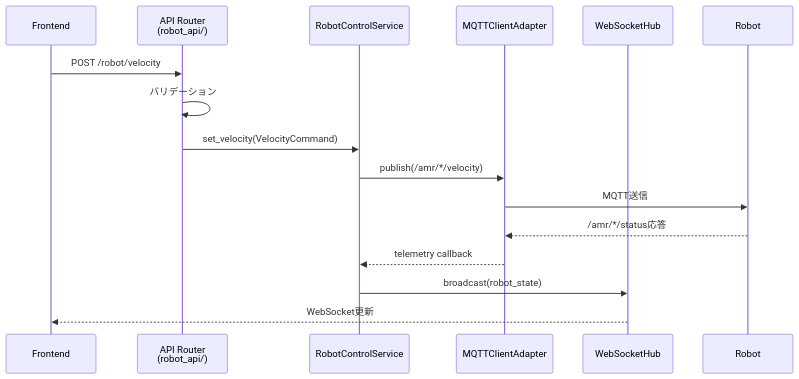
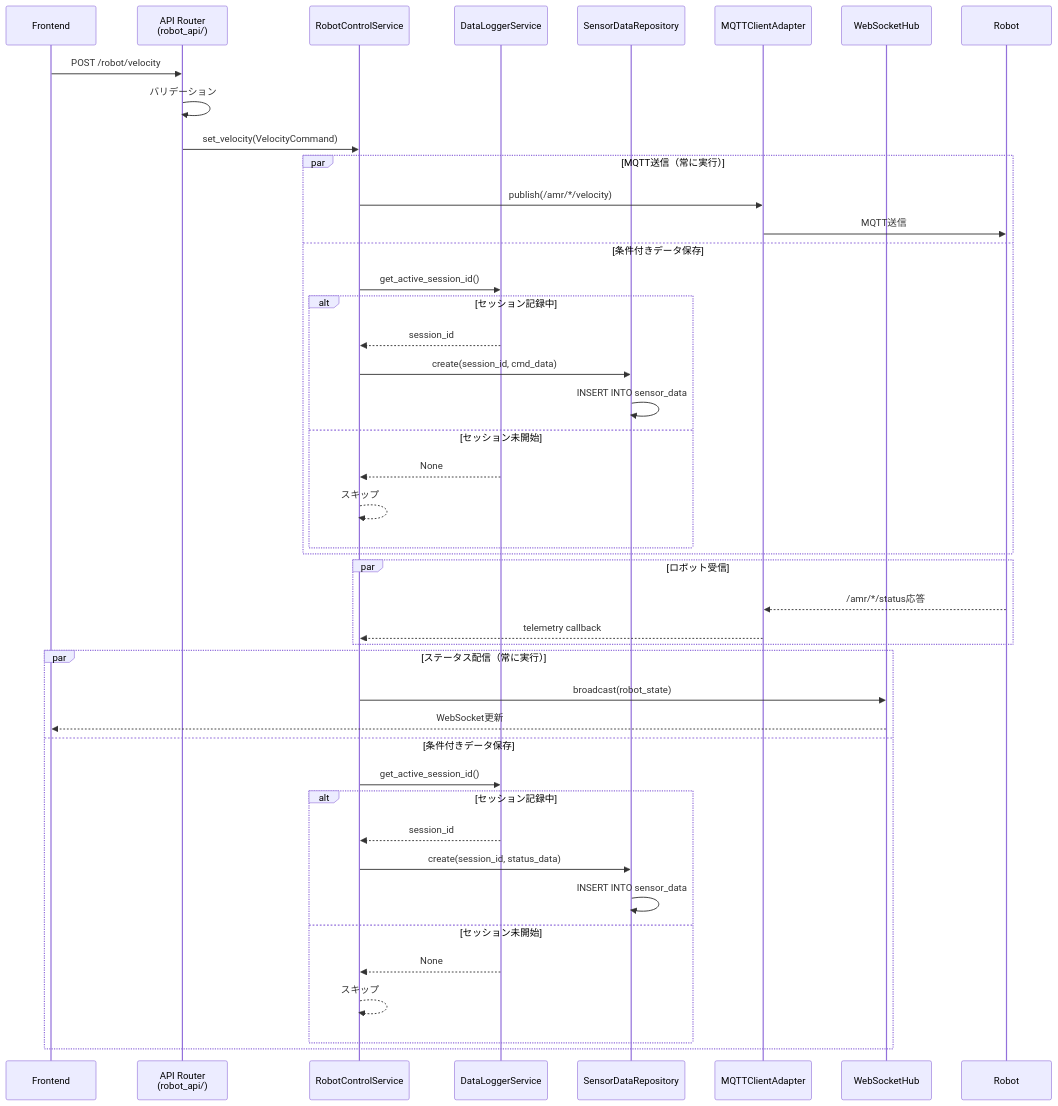
One commit to akinami3/robot-ml-web-app changed diagram 11 of 15 in README.md. Above: the diagram before and after it, drawn with Mermaid. The commit also changed other lines of this file, not shown here.

````diff
--- a/README.md
+++ b/README.md
@@ -917,19 +1027,50 @@
 ```mermaid
 sequenceDiagram
     participant Frontend
     participant Router as API Router<br>(robot_api/)
     participant Service as RobotControlService
+    participant Logger as DataLoggerService
+    participant Repo as SensorDataRepository
     participant Adapter as MQTTClientAdapter
     participant WS as WebSocketHub
     participant Robot
 
     Frontend->>Router: POST /robot/velocity
     Router->>Router: バリデーション
     Router->>Service: set_velocity(VelocityCommand)
-    Service->>Adapter: publish(/amr/*/velocity)
-    Adapter->>Robot: MQTT送信
-    Robot-->>Adapter: /amr/*/status応答
-    Adapter-->>Service: telemetry callback
-    Service->>WS: broadcast(robot_state)
-    WS-->>Frontend: WebSocket更新
+    
+    par MQTT送信（常に実行）
+        Service->>Adapter: publish(/amr/*/velocity)
+        Adapter->>Robot: MQTT送信
+    and 条件付きデータ保存
+        Service->>Logger: get_active_session_id()
+        alt セッション記録中
+            Logger-->>Service: session_id
+            Service->>Repo: create(session_id, cmd_data)
+            Repo->>Repo: INSERT INTO sensor_data
+        else セッション未開始
+            Logger-->>Service: None
+            Service-->>Service: スキップ
+        end
+    end
+    
+    par ロボット受信
+        Robot-->>Adapter: /amr/*/status応答
+        Adapter-->>Service: telemetry callback
+    end
+    
+    par ステータス配信（常に実行）
+        Service->>WS: broadcast(robot_state)
+        WS-->>Frontend: WebSocket更新
+    and 条件付きデータ保存
+        Service->>Logger: get_active_session_id()
+        alt セッション記録中
+            Logger-->>Service: session_id
+            Service->>Repo: create(session_id, status_data)
+            Repo->>Repo: INSERT INTO sensor_data
+        else セッション未開始
+            Logger-->>Service: None
+            Service-->>Service: スキップ
+        end
+    end
 ```
````
